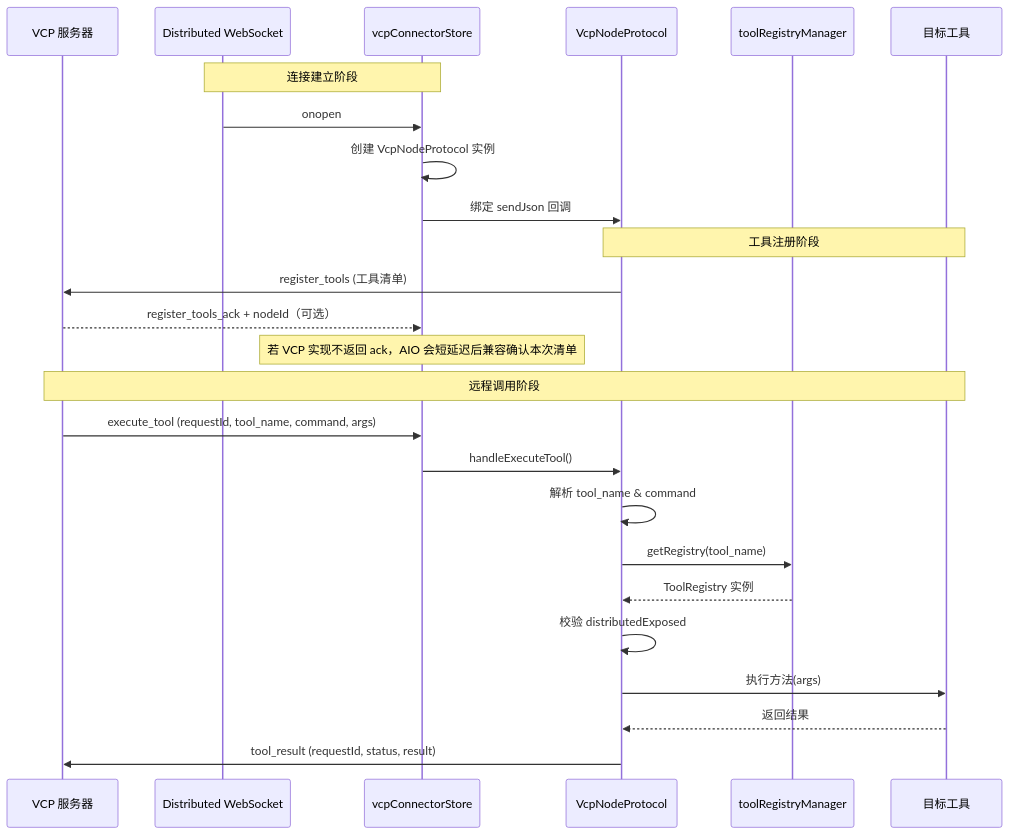
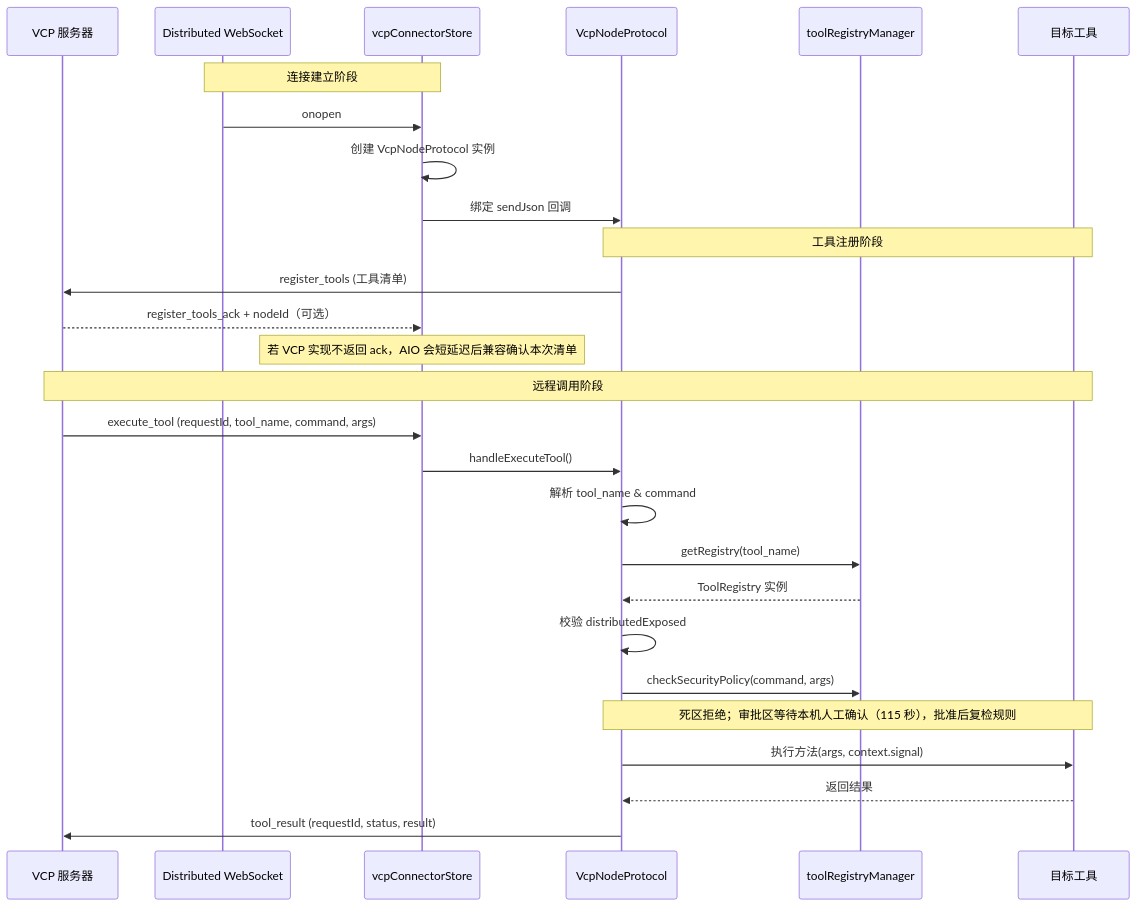
Before and after one commit to miaotouy/aio-hub: the third of 4 diagrams in src/tools/vcp-connector/ARCHITECTURE.md, drawn with Mermaid. The commit also changed other lines of this file and 28 other files, not shown here.

````diff
--- a/src/tools/vcp-connector/ARCHITECTURE.md
+++ b/src/tools/vcp-connector/ARCHITECTURE.md
@@ -266,30 +266,32 @@
 ```mermaid
 sequenceDiagram
     participant VCP as VCP 服务器
     participant DWS as Distributed WebSocket
     participant Store as vcpConnectorStore
     participant Proto as VcpNodeProtocol
     participant Registry as toolRegistryManager
     participant Tool as 目标工具
 
     Note over DWS,Store: 连接建立阶段
     DWS->>Store: onopen
     Store->>Store: 创建 VcpNodeProtocol 实例
     Store->>Proto: 绑定 sendJson 回调
 
     Note over Proto,Tool: 工具注册阶段
     Proto->>VCP: register_tools (工具清单)
     VCP-->>Store: register_tools_ack + nodeId（可选）
     Note over Store: 若 VCP 实现不返回 ack，AIO 会短延迟后兼容确认本次清单
 
     Note over VCP,Tool: 远程调用阶段
     VCP->>Store: execute_tool (requestId, tool_name, command, args)
     Store->>Proto: handleExecuteTool()
     Proto->>Proto: 解析 tool_name & command
     Proto->>Registry: getRegistry(tool_name)
     Registry-->>Proto: ToolRegistry 实例
     Proto->>Proto: 校验 distributedExposed
-    Proto->>Tool: 执行方法(args)
+    Proto->>Registry: checkSecurityPolicy(command, args)
+    Note over Proto,Tool: 死区拒绝；审批区等待本机人工确认（115 秒），批准后复检规则
+    Proto->>Tool: 执行方法(args, context.signal)
     Tool-->>Proto: 返回结果
     Proto->>VCP: tool_result (requestId, status, result)
 ```
````
